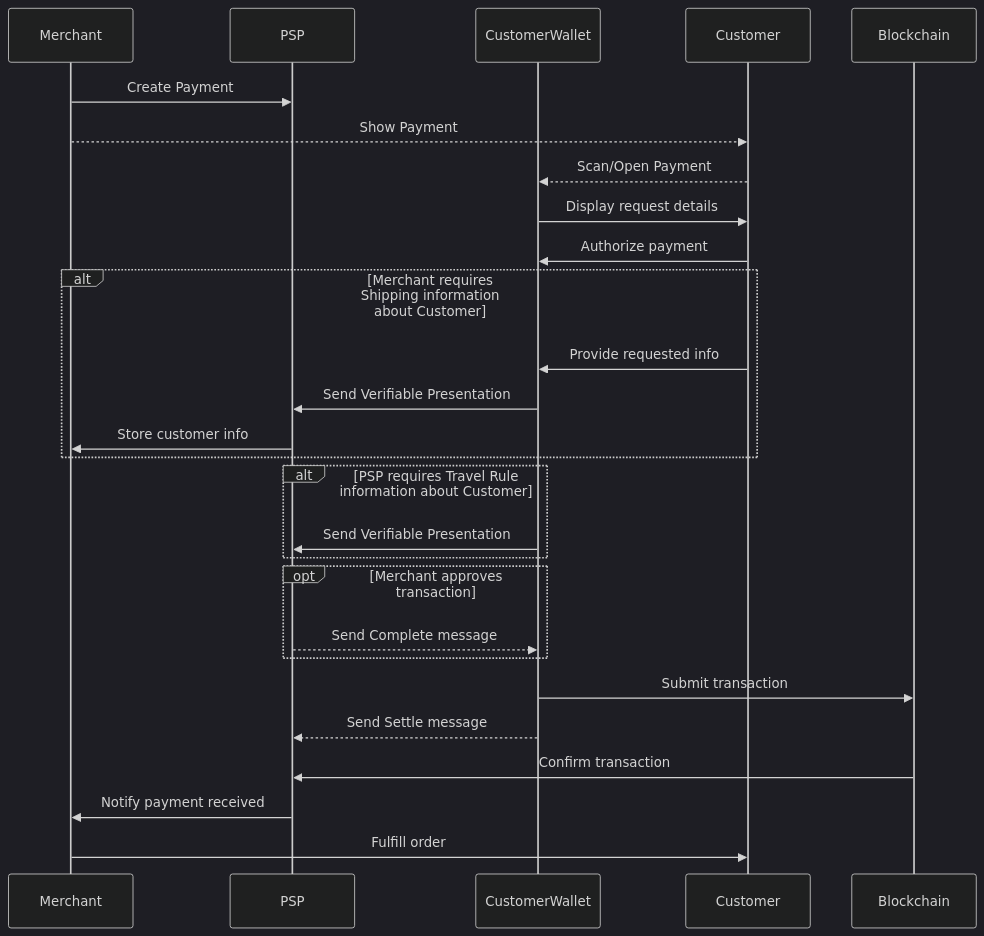
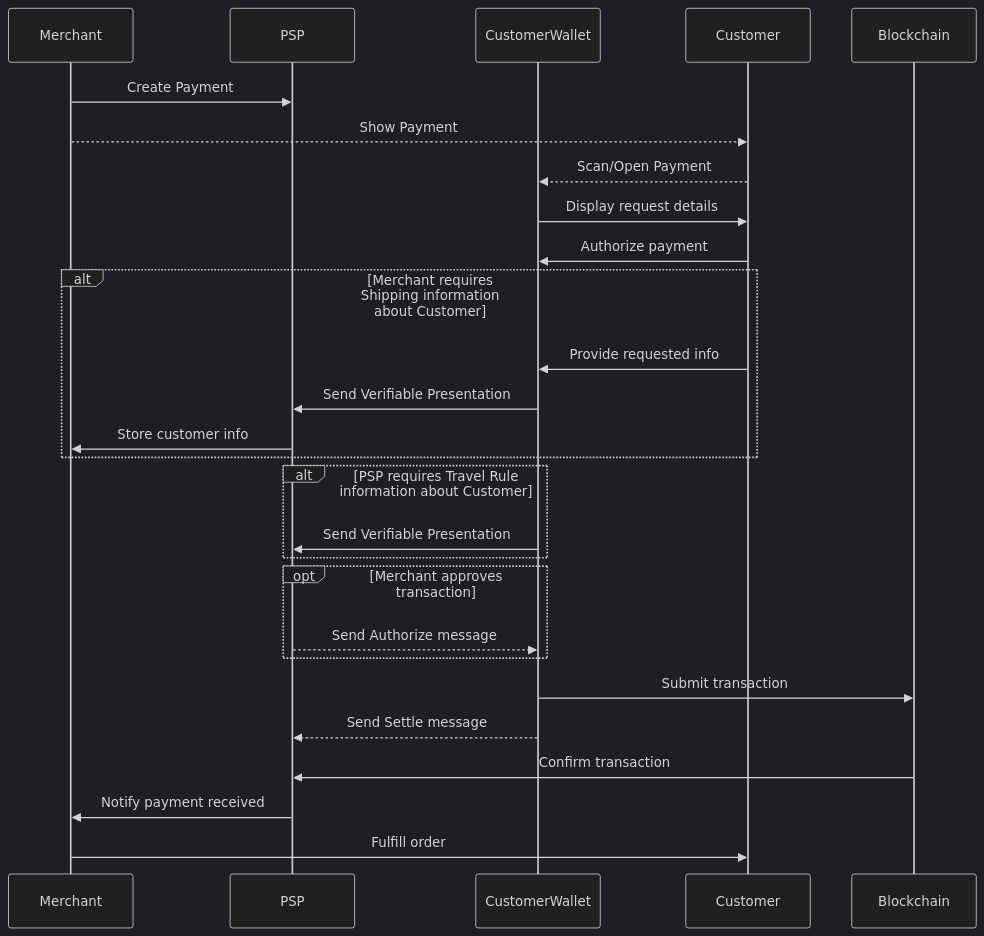
Before and after one commit to TransactionAuthorizationProtocol/TAIPs: the third of 5 diagrams in TAIPs/taip-14.md, drawn with Mermaid (dark theme). The commit also changed other lines of this file and 4 other files, not shown here.

Commit message:
Replace `Complete` message with `Authorize` to simplify flow

````diff
--- a/TAIPs/taip-14.md
+++ b/TAIPs/taip-14.md
@@ -109,34 +99,34 @@
 ```mermaid
 sequenceDiagram
     participant Merchant
     participant PSP
     participant CustomerWallet
     participant Customer
     participant Blockchain
 
     Merchant->>PSP: Create Payment
     Merchant-->>Customer: Show Payment
     Customer -->> CustomerWallet: Scan/Open Payment
     CustomerWallet->>Customer: Display request details
     Customer->>CustomerWallet: Authorize payment
 
     alt Merchant requires Shipping information about Customer
         Customer->>CustomerWallet: Provide requested info
         CustomerWallet->>PSP: Send Verifiable Presentation
         PSP->>Merchant: Store customer info
     end
 
     alt PSP requires Travel Rule information about Customer
         CustomerWallet->>PSP: Send Verifiable Presentation
     end
 
     opt Merchant approves transaction
-        PSP-->>CustomerWallet: Send Complete message
+        PSP-->>CustomerWallet: Send Authorize message
     end
 
     CustomerWallet->>Blockchain: Submit transaction
     CustomerWallet-->>PSP: Send Settle message
     Blockchain->>PSP: Confirm transaction
     PSP->>Merchant: Notify payment received
     Merchant->>Customer: Fulfill order
 ```
````
